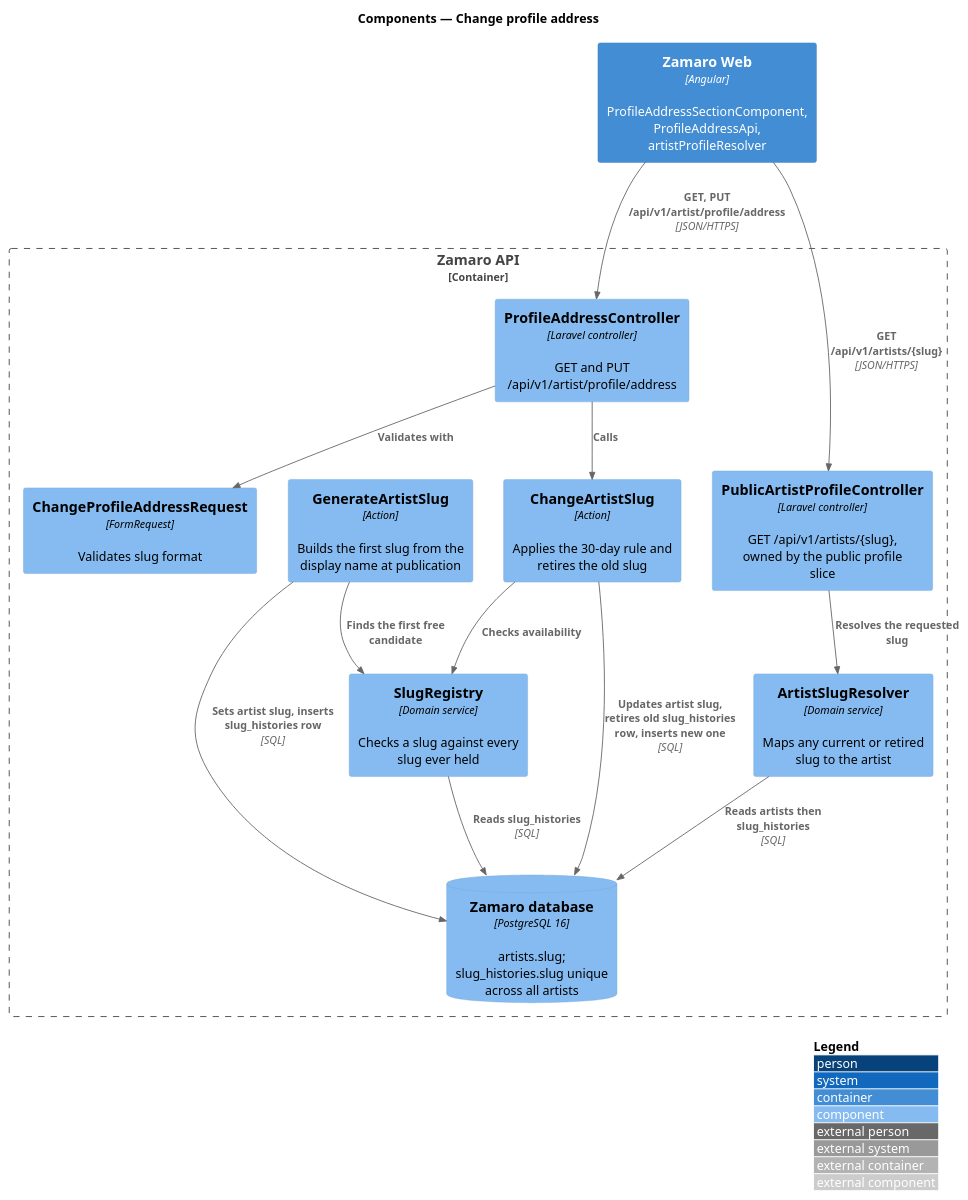
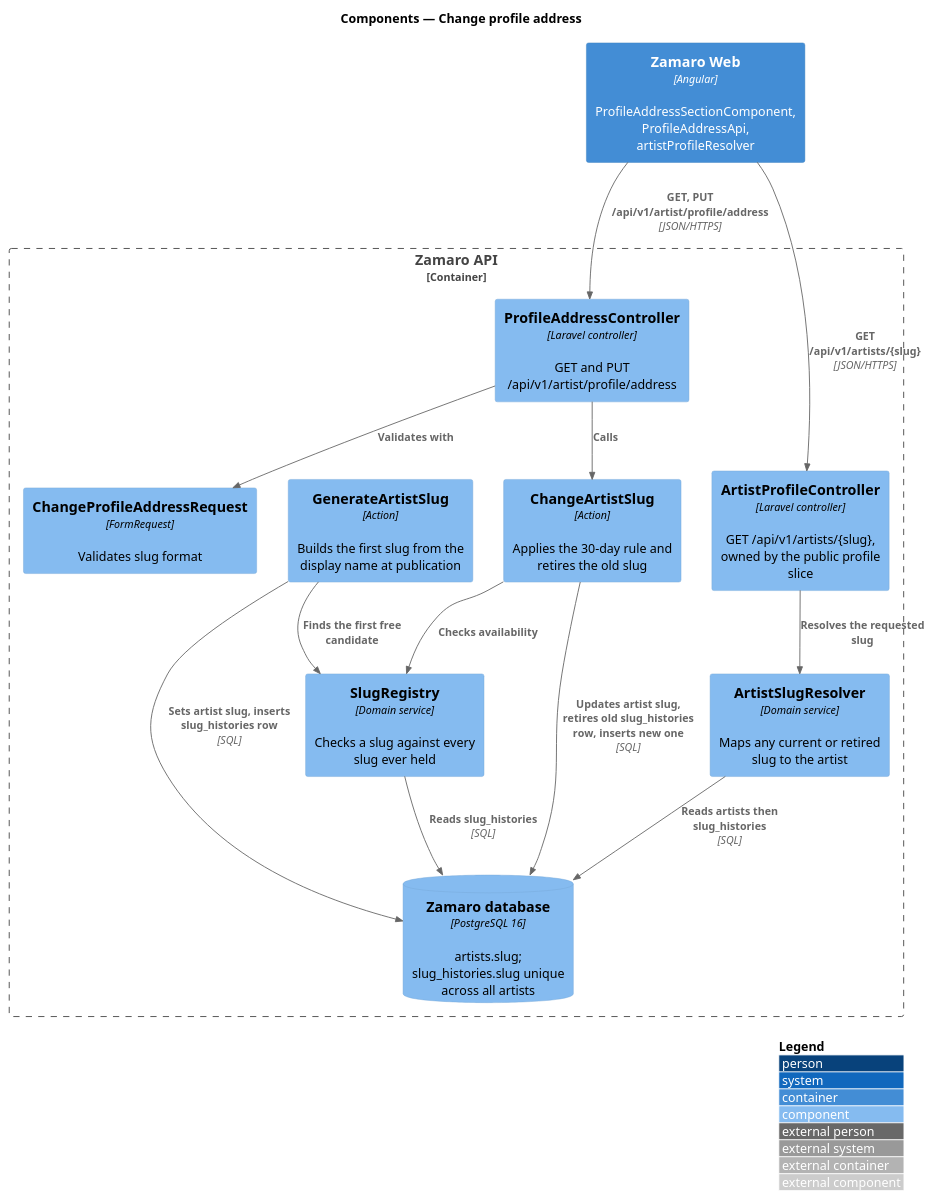
One commit to QuinntyneBrown/zamaro changed the diagram in docs/detailed-designs/artist-workspace/change-profile-address/diagrams/c4-component.puml. Above: the diagram before and after it, drawn with PlantUML. The commit also changed 11 other files, not shown here.

First line of the commit message:
docs(adr): 0008 artist profile names; record the profile as built in S11

```diff
--- a/docs/detailed-designs/artist-workspace/change-profile-address/diagrams/c4-component.puml
+++ b/docs/detailed-designs/artist-workspace/change-profile-address/diagrams/c4-component.puml
@@ -1,28 +1,28 @@
 @startuml
 !include <C4/C4_Component>
 LAYOUT_WITH_LEGEND()
 title Components — Change profile address
 
 Container(web, "Zamaro Web", "Angular", "ProfileAddressSectionComponent, ProfileAddressApi, artistProfileResolver")
 Container_Boundary(api, "Zamaro API") {
   Component(ctrl, "ProfileAddressController", "Laravel controller", "GET and PUT /api/v1/artist/profile/address")
   Component(req, "ChangeProfileAddressRequest", "FormRequest", "Validates slug format")
   Component(change, "ChangeArtistSlug", "Action", "Applies the 30-day rule and retires the old slug")
   Component(gen, "GenerateArtistSlug", "Action", "Builds the first slug from the display name at publication")
   Component(registry, "SlugRegistry", "Domain service", "Checks a slug against every slug ever held")
   Component(resolver, "ArtistSlugResolver", "Domain service", "Maps any current or retired slug to the artist")
-  Component(pub, "PublicArtistProfileController", "Laravel controller", "GET /api/v1/artists/{slug}, owned by the public profile slice")
+  Component(pub, "ArtistProfileController", "Laravel controller", "GET /api/v1/artists/{slug}, owned by the public profile slice")
   ComponentDb(db, "Zamaro database", "PostgreSQL 16", "artists.slug; slug_histories.slug unique across all artists")
 }
 Rel(web, ctrl, "GET, PUT /api/v1/artist/profile/address", "JSON/HTTPS")
 Rel(web, pub, "GET /api/v1/artists/{slug}", "JSON/HTTPS")
 Rel(ctrl, req, "Validates with")
 Rel(ctrl, change, "Calls")
 Rel(change, registry, "Checks availability")
 Rel(gen, registry, "Finds the first free candidate")
 Rel(gen, db, "Sets artist slug, inserts slug_histories row", "SQL")
 Rel(registry, db, "Reads slug_histories", "SQL")
 Rel(change, db, "Updates artist slug, retires old slug_histories row, inserts new one", "SQL")
 Rel(pub, resolver, "Resolves the requested slug")
 Rel(resolver, db, "Reads artists then slug_histories", "SQL")
 @enduml
```
